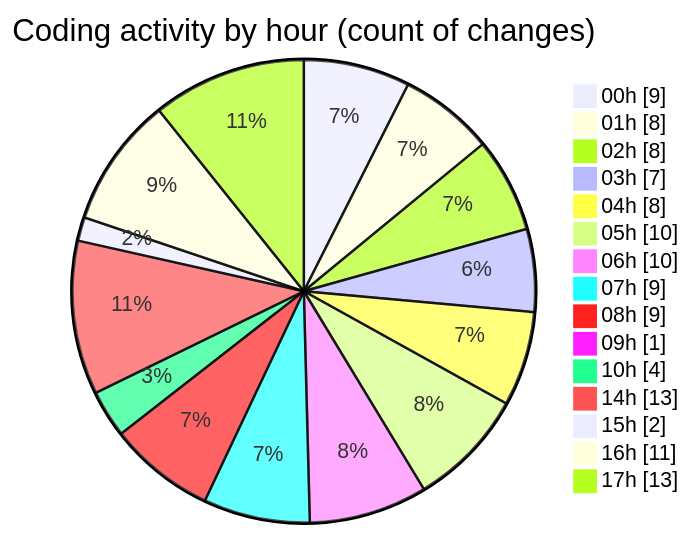
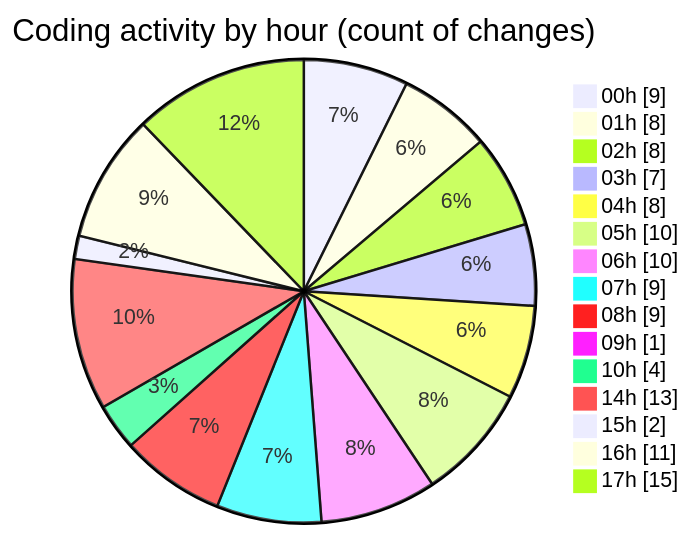
The second of 2 diagrams in 2025-07-14/telebot/README.md (jrari/code-tracking), drawn with Mermaid before and after one commit. The commit also changed other lines of this file and 1 other file, not shown here.

````diff
--- a/2025-07-14/telebot/README.md
+++ b/2025-07-14/telebot/README.md
@@ -75,19 +75,19 @@
 ```mermaid
 pie showData
 title Coding activity by hour (count of changes)
 "00h" : 9
 "01h" : 8
 "02h" : 8
 "03h" : 7
 "04h" : 8
 "05h" : 10
 "06h" : 10
 "07h" : 9
 "08h" : 9
 "09h" : 1
 "10h" : 4
 "14h" : 13
 "15h" : 2
 "16h" : 11
-"17h" : 13
+"17h" : 15
 ```
````
